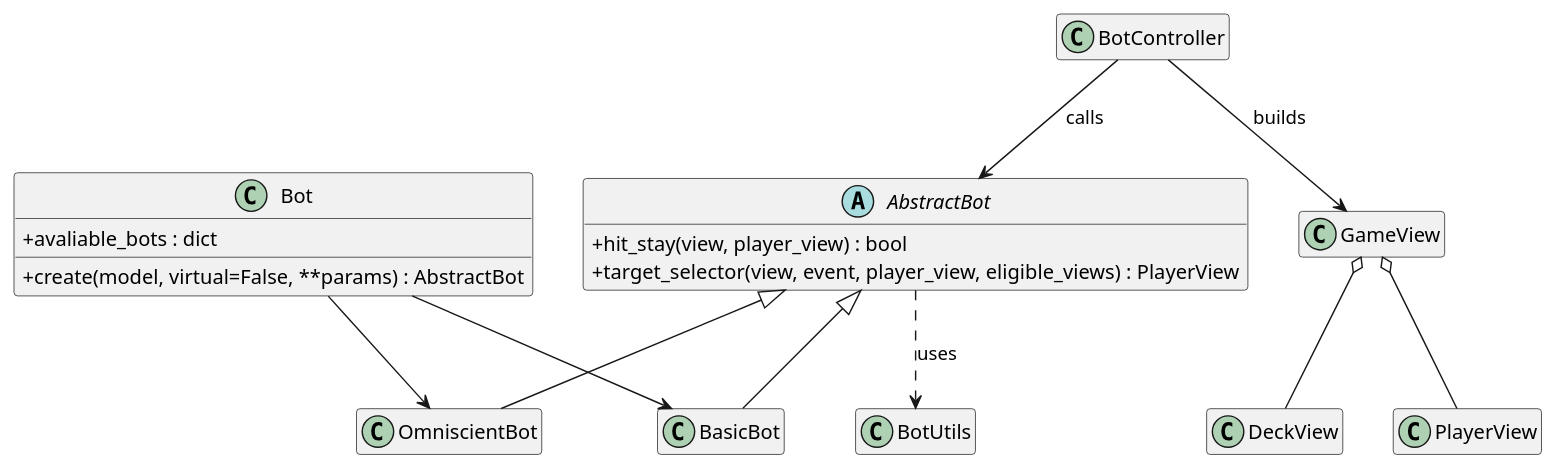
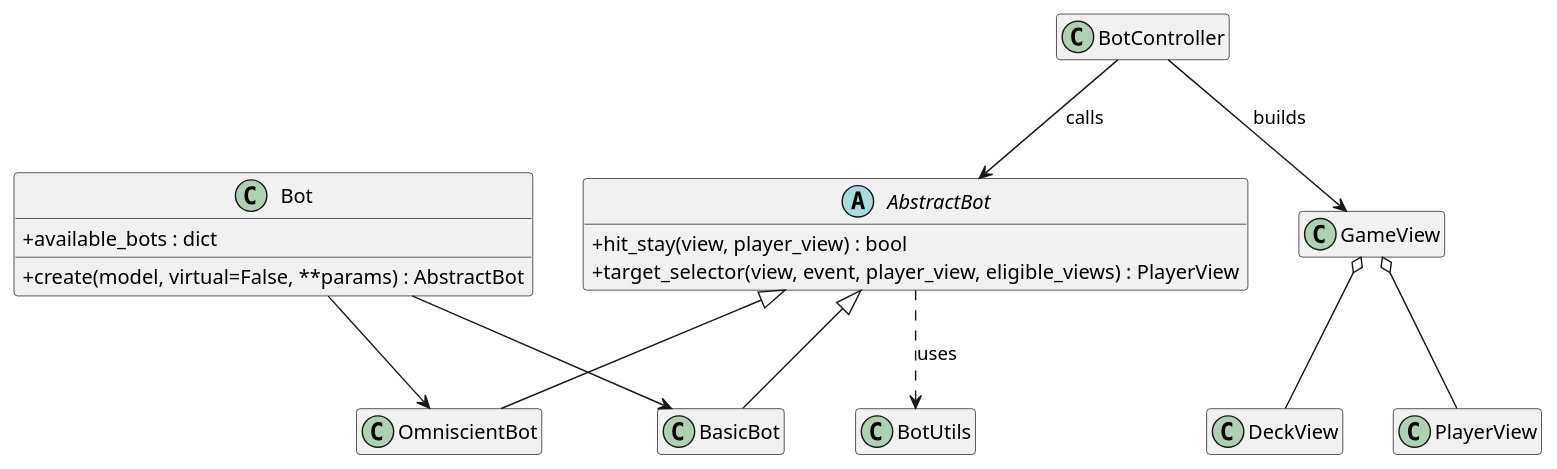
One commit to benhalladay08/flop7 changed the third of 3 diagrams in docs/design.md. Above: the diagram before and after it, drawn with PlantUML. The commit also changed 3 other files, not shown here.

Commit message:
refactor a typo in available bots property

````diff
--- a/docs/design.md
+++ b/docs/design.md
@@ -406,37 +406,37 @@
 ```plantuml
 @startuml
 skinparam classAttributeIconSize 0
 hide empty members
 
 abstract class AbstractBot {
   +hit_stay(view, player_view) : bool
   +target_selector(view, event, player_view, eligible_views) : PlayerView
 }
 
 class BasicBot
 class OmniscientBot
 class BotController
 class GameView
 class PlayerView
 class DeckView
 
 class Bot {
-  +avaliable_bots : dict
+  +available_bots : dict
   +create(model, virtual=False, **params) : AbstractBot
 }
 
 class BotUtils
 
 BotController --> AbstractBot : calls
 BotController --> GameView : builds
 GameView o-- PlayerView
 GameView o-- DeckView
 AbstractBot ..> BotUtils : uses
 
 AbstractBot <|-- BasicBot
 AbstractBot <|-- OmniscientBot
 Bot --> BasicBot
 Bot --> OmniscientBot
 
 @enduml
 ```
````
